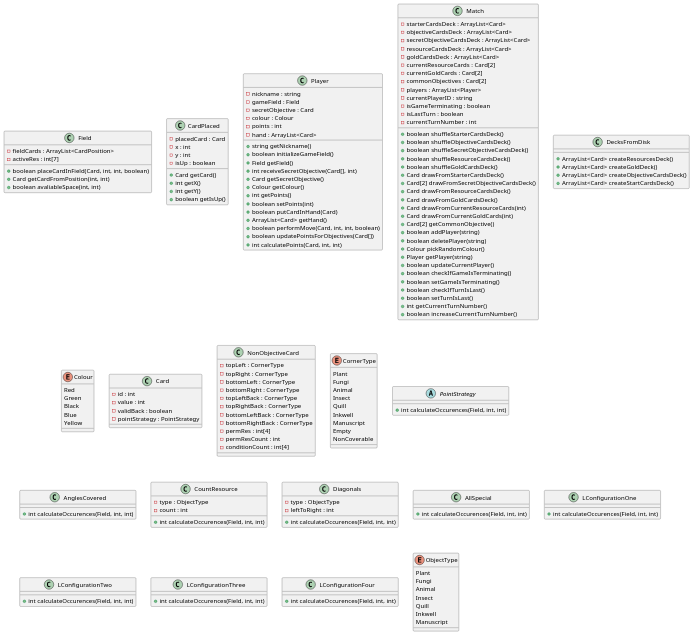
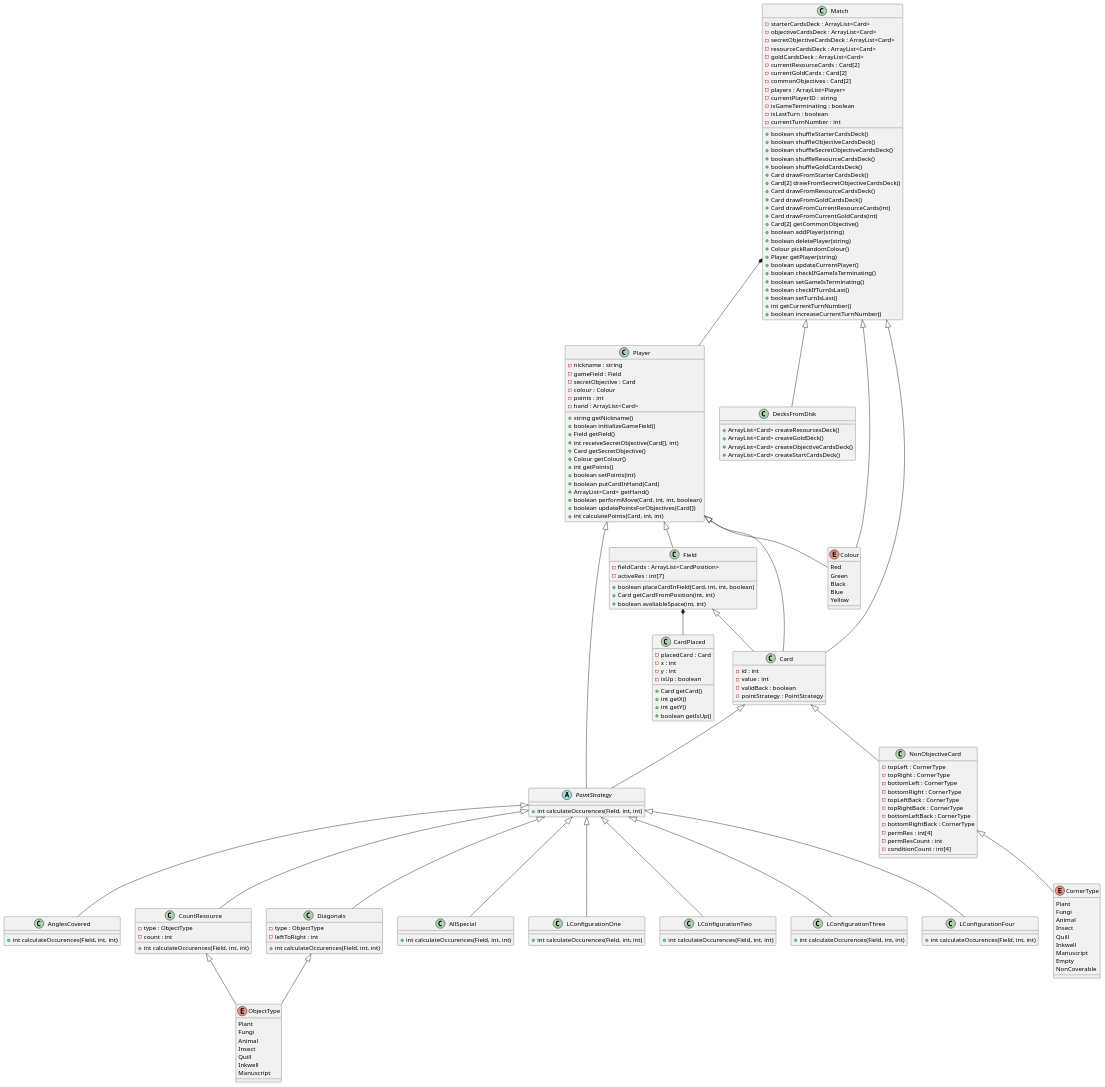
The diagram in deliverables/UMLs/Model/Draft/UMLModelDraft.puml (lorenzo-cmyk/PF_INGSW_2023_24), drawn with PlantUML before and after one commit.

Commit message:
Migrated connections between objects

```diff
--- a/deliverables/UMLs/Model/Draft/UMLModelDraft.puml
+++ b/deliverables/UMLs/Model/Draft/UMLModelDraft.puml
@@ -7,6 +7,8 @@
     + Card getCardFromPosition(int, int)
     + boolean avaliableSpace(int, int)
 }
+
+Player <|-- Field
 
 class CardPlaced {
     - placedCard : Card
@@ -18,6 +20,8 @@
     + int getY()
     + boolean getIsUp()
 }
+
+Field *-- CardPlaced
 
 class Player {
     - nickname : string
@@ -40,6 +44,8 @@
     + boolean updatePointsForObjectives(Card[])
     + int calculatePoints(Card, int, int)
 }
+
+Match *-- Player
 
 class Match {
     - starterCardsDeck : ArrayList<Card>
@@ -87,6 +93,8 @@
     + ArrayList<Card> createStartCardsDeck()
 }
 
+Match <|-- DecksFromDisk
+
 enum Colour {
     Red
     Green
@@ -95,6 +103,9 @@
     Yellow
 }
 
+Player <|-- Colour
+Match <|-- Colour
+
 class Card {
     - id : int
     - value : int
@@ -102,7 +113,11 @@
     - pointStrategy : PointStrategy
 }
 
-class NonObjectiveCard {
+Player <|-- Card
+Match <|-- Card
+Field <|-- Card
+
+class NonObjectiveCard extends Card {
     - topLeft : CornerType
     - topRight : CornerType
     - bottomLeft : CornerType
@@ -128,43 +143,48 @@
     NonCoverable
 }
 
+NonObjectiveCard <|-- CornerType
+
 abstract class PointStrategy {
     + int calculateOccurences(Field, int, int)
 }
 
-class AnglesCovered {
+Card <|-- PointStrategy
+Player <|-- PointStrategy
+
+class AnglesCovered extends PointStrategy {
     + int calculateOccurences(Field, int, int)
 }
 
-class CountResource {
+class CountResource extends PointStrategy {
     - type : ObjectType
     - count : int
     + int calculateOccurences(Field, int, int)
 }
 
-class Diagonals {
+class Diagonals extends PointStrategy {
     - type : ObjectType
     - leftToRight : int
     + int calculateOccurences(Field, int, int)
 }
 
-class AllSpecial {
+class AllSpecial extends PointStrategy {
     + int calculateOccurences(Field, int, int)
 }
 
-class LConfigurationOne {
+class LConfigurationOne extends PointStrategy {
     + int calculateOccurences(Field, int, int)
 }
 
-class LConfigurationTwo {
+class LConfigurationTwo extends PointStrategy {
     + int calculateOccurences(Field, int, int)
 }
 
-class LConfigurationThree {
+class LConfigurationThree extends PointStrategy {
     + int calculateOccurences(Field, int, int)
 }
 
-class LConfigurationFour {
+class LConfigurationFour extends PointStrategy {
     + int calculateOccurences(Field, int, int)
 }
 
@@ -178,4 +198,7 @@
     Manuscript
 }
 
+CountResource <|-- ObjectType
+Diagonals <|-- ObjectType
+
 @enduml
```
